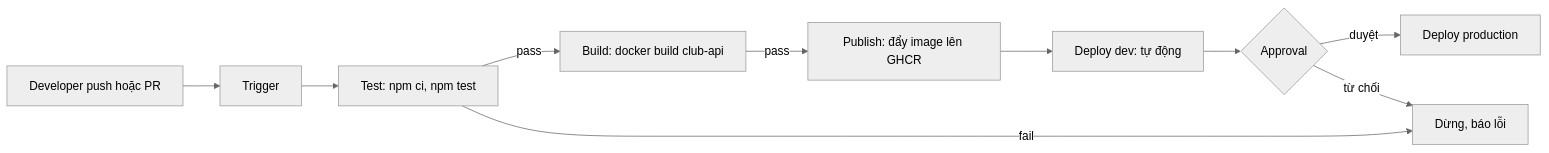
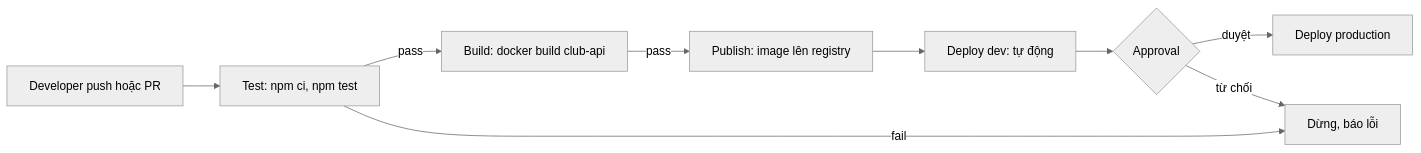
The first of 2 diagrams in labs/week-08/session-15.md (TienNHM/devops-course), drawn with Mermaid (neutral theme) before and after one commit. The commit also changed other lines of this file and 266 other files, not shown here.

````diff
--- a/labs/week-08/session-15.md
+++ b/labs/week-08/session-15.md
@@ -79,12 +54,11 @@
 ```mermaid
 flowchart LR
-    A["Developer push hoặc PR"] --> B["Trigger"]
-    B --> C["Test: npm ci, npm test"]
-    C -->|pass| D["Build: docker build club-api"]
-    C -->|fail| X["Dừng, báo lỗi"]
-    D -->|pass| E["Publish: đẩy image lên GHCR"]
+    A["Developer push hoặc PR"] --> B["Test: npm ci, npm test"]
+    B -->|pass| D["Build: docker build club-api"]
+    B -->|fail| X["Dừng, báo lỗi"]
+    D -->|pass| E["Publish: image lên registry"]
     E --> F["Deploy dev: tự động"]
     F --> G{"Approval"}
     G -->|duyệt| H["Deploy production"]
     G -->|từ chối| X
 ```
````
